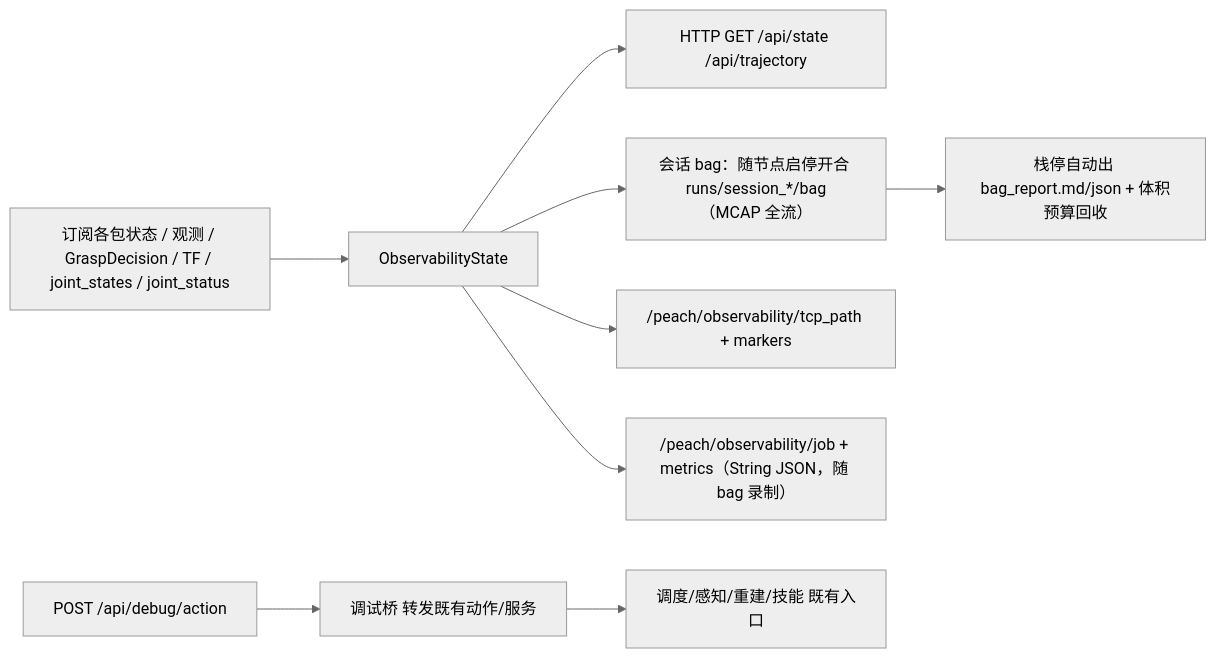
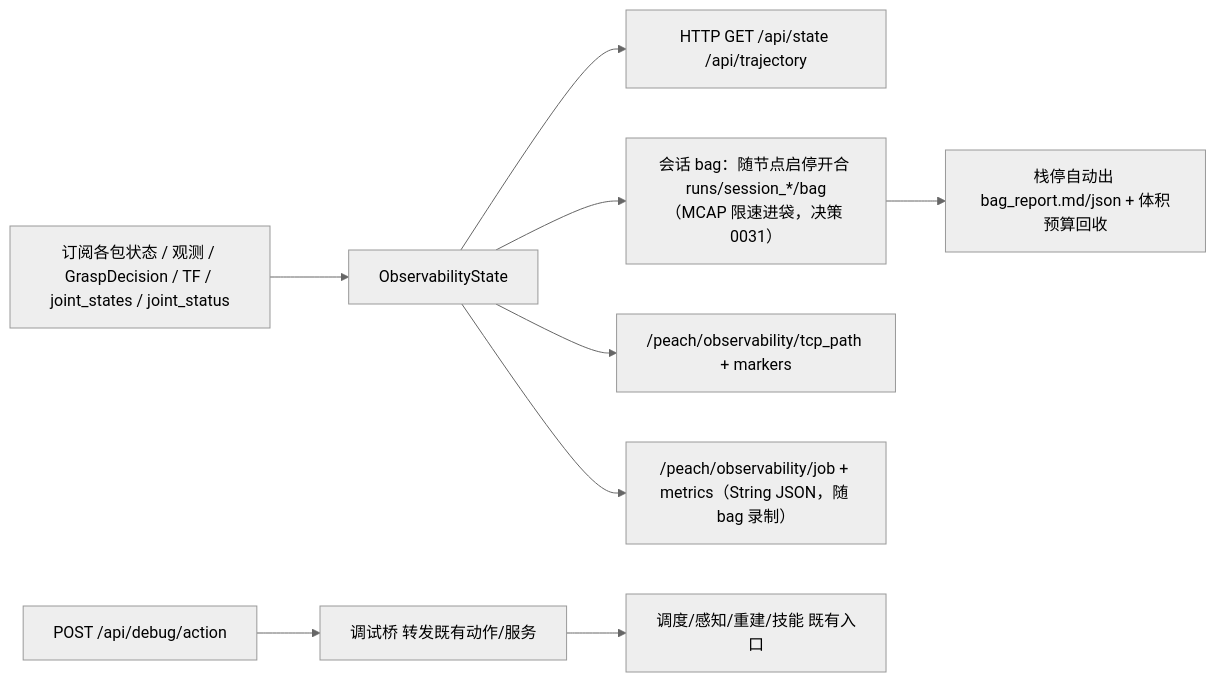
One commit to MUHAN11-c/aubo_boot changed the tenth of 13 diagrams in docs/io.md. Above: the diagram before and after it, drawn with Mermaid (neutral theme). The commit also changed other lines of this file and 61 other files, not shown here.

````diff
--- a/docs/io.md
+++ b/docs/io.md
@@ -561,11 +561,11 @@
 ```mermaid
 flowchart LR
   sub["订阅各包状态 / 观测 / GraspDecision / TF / joint_states / joint_status"] --> st["ObservabilityState"]
   st --> http["HTTP GET /api/state /api/trajectory"]
-  st --> rec["会话 bag：随节点启停开合 runs/session_*/bag（MCAP 全流）"]
+  st --> rec["会话 bag：随节点启停开合 runs/session_*/bag（MCAP 限速进袋，决策 0031）"]
   rec --> rep["栈停自动出 bag_report.md/json + 体积预算回收"]
   st --> viz["/peach/observability/tcp_path + markers"]
   st --> jobpub["/peach/observability/job + metrics（String JSON，随 bag 录制）"]
   dbg["POST /api/debug/action"] --> bridge["调试桥 转发既有动作/服务"]
   bridge --> targets["调度/感知/重建/技能 既有入口"]
 ```
````
